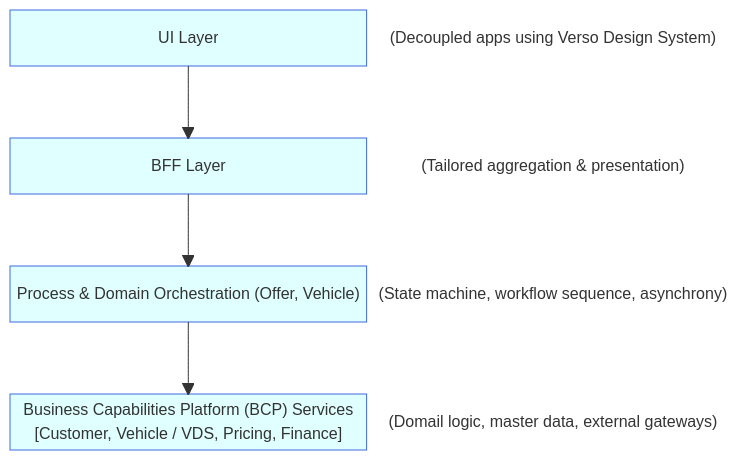
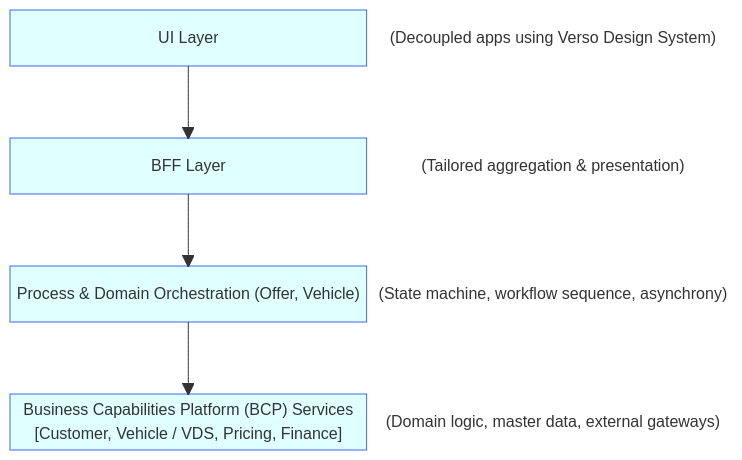
One commit to joe-dorward/samples changed the diagram in blocks/blocks_v3.md. Above: the diagram before and after it, drawn with Mermaid.

````diff
--- a/blocks/blocks_v3.md
+++ b/blocks/blocks_v3.md
@@ -2,42 +2,42 @@
 ```mermaid
   block
   columns 2
 
   %% ---------- ---------- ---------- ---------- ---------- ---------- ---------- ---------- ---------- ----------
     BLOCK_01["UI Layer"]:1
     BLOCK_01_NOTE["(Decoupled apps using Verso Design System)"]
     space:2
   %% ---------- ---------- ---------- ---------- ---------- ---------- ---------- ---------- ---------- ----------
     BLOCK_02["BFF Layer"]:1
     BLOCK_02_NOTE["(Tailored aggregation &amp; presentation)"]
     space:2
   %% ---------- ---------- ---------- ---------- ---------- ---------- ---------- ---------- ---------- ----------
     BLOCK_03["Process &amp; Domain Orchestration (Offer, Vehicle)"]:1
     BLOCK_03_NOTE["(State machine, workflow sequence, asynchrony)"]
     space:2
   %% ---------- ---------- ---------- ---------- ---------- ---------- ---------- ---------- ---------- ----------
     BLOCK_04["Business Capabilities Platform (BCP) Services<br/>[Customer, Vehicle / VDS, Pricing, Finance]"]:1
-    BLOCK_04_NOTE["(Domail logic, master data, external gateways)"]
+    BLOCK_04_NOTE["(Domain logic, master data, external gateways)"]
   %% ---------- ---------- ---------- ---------- ---------- ---------- ---------- ---------- ---------- ----------
   %% define connections
   BLOCK_01-->
   BLOCK_02
 
   BLOCK_02-->
   BLOCK_03
 
   BLOCK_03-->
   BLOCK_04
   %% ---------- ---------- ---------- ---------- ---------- ---------- ---------- ---------- ---------- ----------
   %% define styles
   style BLOCK_01 fill:lightcyan, stroke:royalblue, color:royalblue;
   style BLOCK_02 fill:lightcyan, stroke:royalblue, color:royalblue;
   style BLOCK_03 fill:lightcyan, stroke:royalblue, color:royalblue;
   style BLOCK_04 fill:lightcyan, stroke:royalblue, color:royalblue;
 
   style BLOCK_01_NOTE fill:transparent, stroke:white, text-align:left;
   style BLOCK_02_NOTE fill:transparent, stroke:white, text-align:left;
   style BLOCK_03_NOTE fill:transparent, stroke:white, text-align:left;
   style BLOCK_04_NOTE fill:transparent, stroke:white, text-align:left;
 
 ```
````
